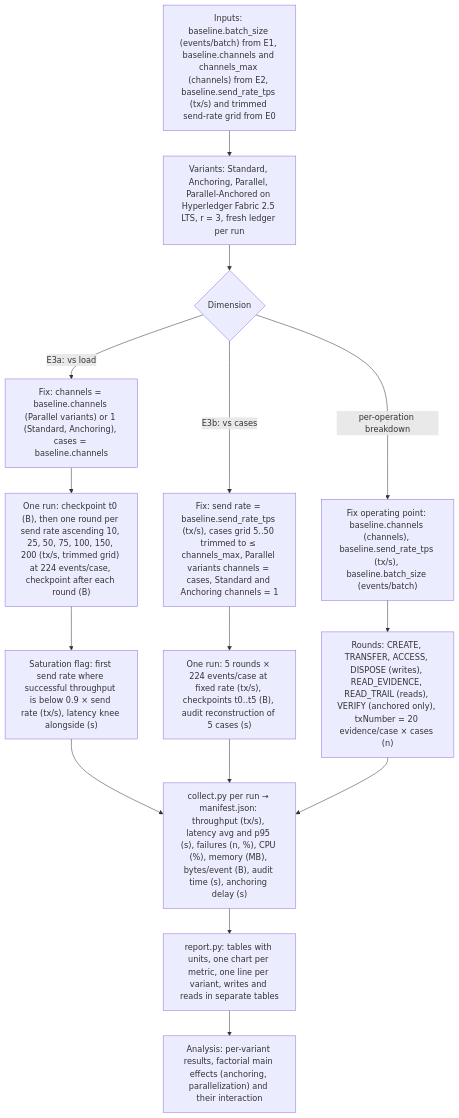
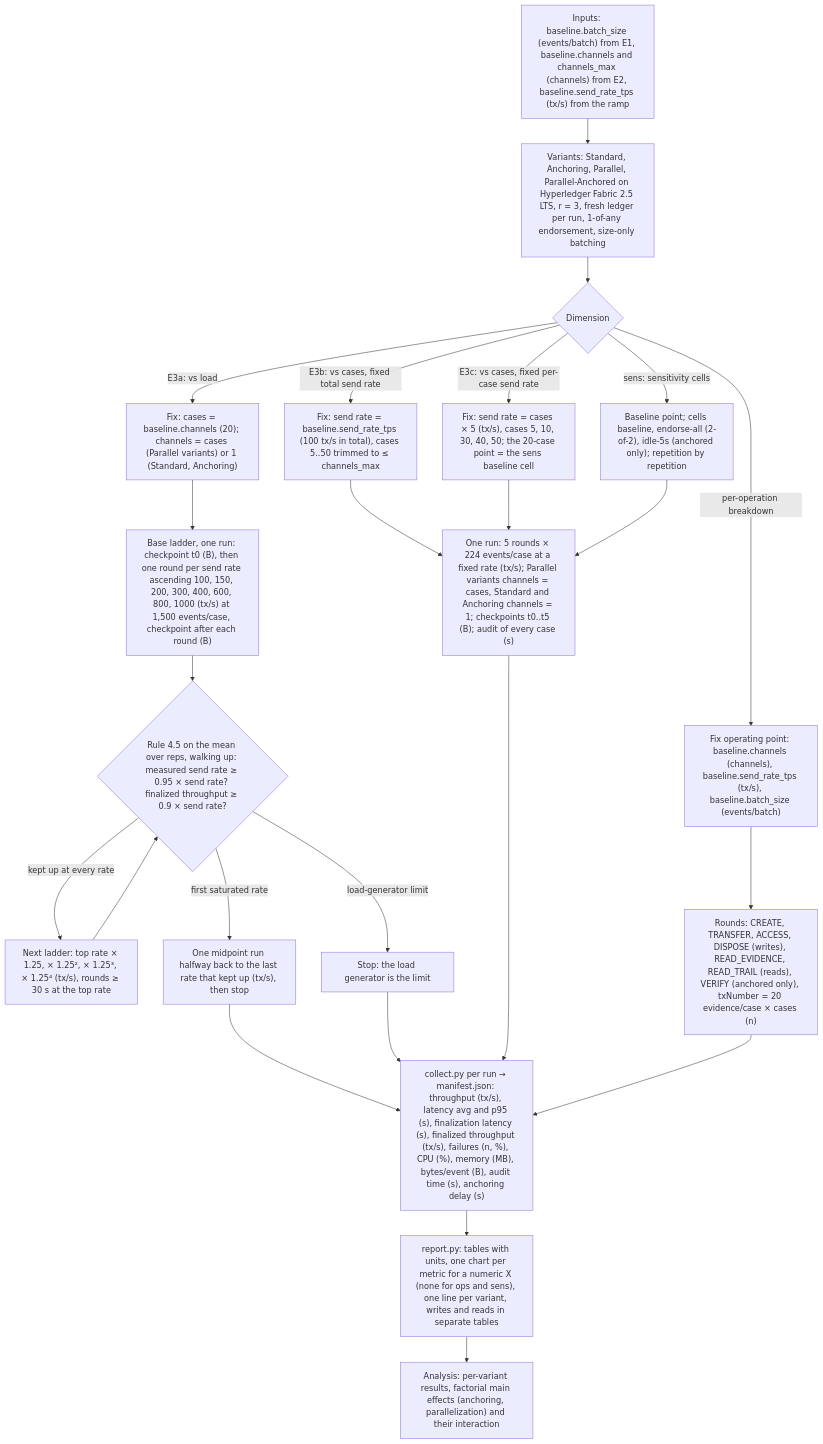
One commit to theflorist18/GLEIPNIR changed the third of 3 diagrams in docs/methodology/experiments.md. Above: the diagram before and after it, drawn with Mermaid. The commit also changed other lines of this file and 56 other files, not shown here.

````diff
--- a/docs/methodology/experiments.md
+++ b/docs/methodology/experiments.md
@@ -291,17 +420,26 @@
 ```mermaid
 flowchart TD
-    A["Inputs: baseline.batch_size (events/batch) from E1, baseline.channels and channels_max (channels) from E2, baseline.send_rate_tps (tx/s) and trimmed send-rate grid from E0"] --> B["Variants: Standard, Anchoring, Parallel, Parallel-Anchored on Hyperledger Fabric 2.5 LTS, r = 3, fresh ledger per run"]
+    A["Inputs: baseline.batch_size (events/batch) from E1, baseline.channels and channels_max (channels) from E2, baseline.send_rate_tps (tx/s) from the ramp"] --> B["Variants: Standard, Anchoring, Parallel, Parallel-Anchored on Hyperledger Fabric 2.5 LTS, r = 3, fresh ledger per run, 1-of-any endorsement, size-only batching"]
     B --> C{"Dimension"}
-    C -->|"E3a: vs load"| D["Fix: channels = baseline.channels (Parallel variants) or 1 (Standard, Anchoring), cases = baseline.channels"]
-    D --> E["One run: checkpoint t0 (B), then one round per send rate ascending 10, 25, 50, 75, 100, 150, 200 (tx/s, trimmed grid) at 224 events/case, checkpoint after each round (B)"]
-    E --> F["Saturation flag: first send rate where successful throughput is below 0.9 × send rate (tx/s), latency knee alongside (s)"]
-    C -->|"E3b: vs cases"| G["Fix: send rate = baseline.send_rate_tps (tx/s), cases grid 5..50 trimmed to ≤ channels_max, Parallel variants channels = cases, Standard and Anchoring channels = 1"]
-    G --> H["One run: 5 rounds × 224 events/case at fixed rate (tx/s), checkpoints t0..t5 (B), audit reconstruction of 5 cases (s)"]
-    C -->|"per-operation breakdown"| I["Fix operating point: baseline.channels (channels), baseline.send_rate_tps (tx/s), baseline.batch_size (events/batch)"]
-    I --> J["Rounds: CREATE, TRANSFER, ACCESS, DISPOSE (writes), READ_EVIDENCE, READ_TRAIL (reads), VERIFY (anchored only), txNumber = 20 evidence/case × cases (n)"]
-    F --> K["collect.py per run → manifest.json: throughput (tx/s), latency avg and p95 (s), failures (n, %), CPU (%), memory (MB), bytes/event (B), audit time (s), anchoring delay (s)"]
-    H --> K
-    J --> K
-    K --> L["report.py: tables with units, one chart per metric, one line per variant, writes and reads in separate tables"]
-    L --> M["Analysis: per-variant results, factorial main effects (anchoring, parallelization) and their interaction"]
+    C -->|"E3a: vs load"| D["Fix: cases = baseline.channels (20); channels = cases (Parallel variants) or 1 (Standard, Anchoring)"]
+    D --> E["Base ladder, one run: checkpoint t0 (B), then one round per send rate ascending 100, 150, 200, 300, 400, 600, 800, 1000 (tx/s) at 1,500 events/case, checkpoint after each round (B)"]
+    E --> F{"Rule 4.5 on the mean over reps, walking up: measured send rate ≥ 0.95 × send rate? finalized throughput ≥ 0.9 × send rate?"}
+    F -->|"kept up at every rate"| G["Next ladder: top rate × 1.25, × 1.25², × 1.25³, × 1.25⁴ (tx/s), rounds ≥ 30 s at the top rate"]
+    G --> F
+    F -->|"first saturated rate"| H["One midpoint run halfway back to the last rate that kept up (tx/s), then stop"]
+    F -->|"load-generator limit"| I["Stop: the load generator is the limit"]
+    C -->|"E3b: vs cases, fixed total send rate"| J["Fix: send rate = baseline.send_rate_tps (100 tx/s in total), cases 5..50 trimmed to ≤ channels_max"]
+    C -->|"E3c: vs cases, fixed per-case send rate"| K["Fix: send rate = cases × 5 (tx/s), cases 5, 10, 30, 40, 50; the 20-case point = the sens baseline cell"]
+    C -->|"sens: sensitivity cells"| L["Baseline point; cells baseline, endorse-all (2-of-2), idle-5s (anchored only); repetition by repetition"]
+    J --> M["One run: 5 rounds × 224 events/case at a fixed rate (tx/s); Parallel variants channels = cases, Standard and Anchoring channels = 1; checkpoints t0..t5 (B); audit of every case (s)"]
+    K --> M
+    L --> M
+    C -->|"per-operation breakdown"| N["Fix operating point: baseline.channels (channels), baseline.send_rate_tps (tx/s), baseline.batch_size (events/batch)"]
+    N --> O["Rounds: CREATE, TRANSFER, ACCESS, DISPOSE (writes), READ_EVIDENCE, READ_TRAIL (reads), VERIFY (anchored only), txNumber = 20 evidence/case × cases (n)"]
+    H --> P["collect.py per run → manifest.json: throughput (tx/s), latency avg and p95 (s), finalization latency (s), finalized throughput (tx/s), failures (n, %), CPU (%), memory (MB), bytes/event (B), audit time (s), anchoring delay (s)"]
+    I --> P
+    M --> P
+    O --> P
+    P --> Q["report.py: tables with units, one chart per metric for a numeric X (none for ops and sens), one line per variant, writes and reads in separate tables"]
+    Q --> R["Analysis: per-variant results, factorial main effects (anchoring, parallelization) and their interaction"]
 ```
````
